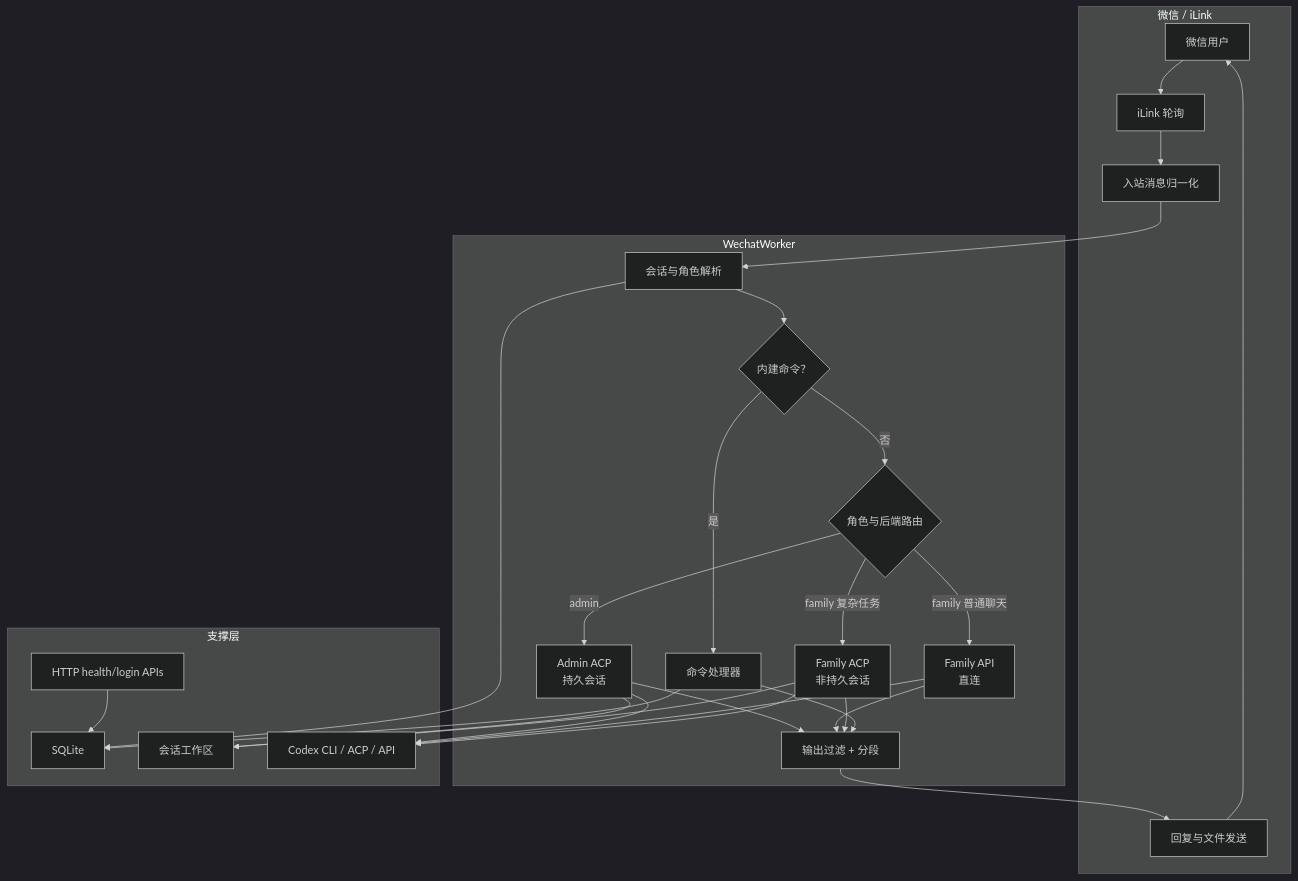
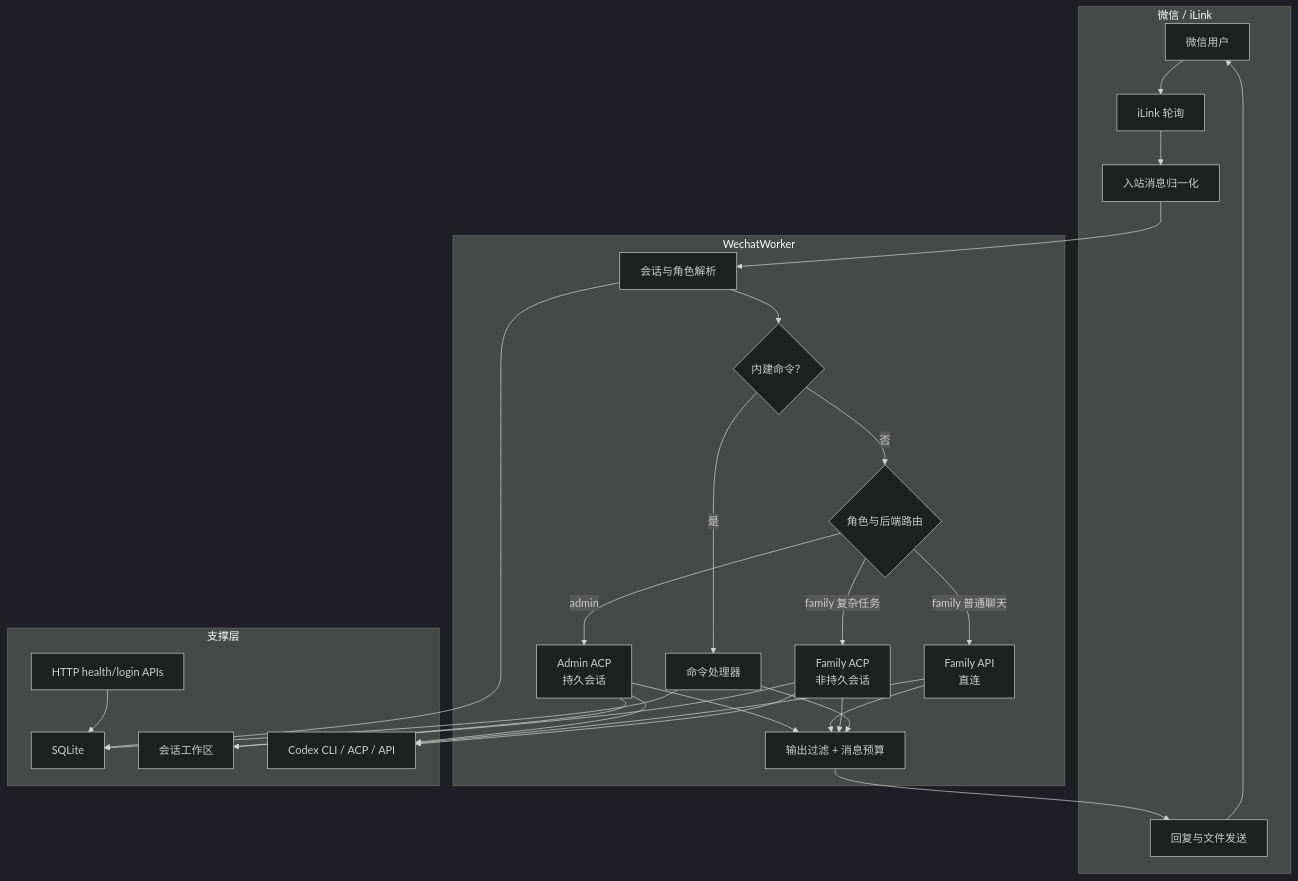
One commit to thekfjie/weixin-household-gateway changed the diagram in README.md. Above: the diagram before and after it, drawn with Mermaid (dark theme). The commit also changed other lines of this file and 9 other files, not shown here.

````diff
--- a/README.md
+++ b/README.md
@@ -40,39 +41,39 @@
 ```mermaid
 flowchart TB
   subgraph WeChat["微信 / iLink"]
     USER["微信用户"] --> POLL["iLink 轮询"]
     POLL --> INBOUND["入站消息归一化"]
     OUTBOUND["回复与文件发送"] --> USER
   end
 
   subgraph Worker["WechatWorker"]
     INBOUND --> SESSION["会话与角色解析"]
     SESSION --> COMMAND{"内建命令？"}
     COMMAND -->|是| CMD["命令处理器"]
     COMMAND -->|否| ROUTE{"角色与后端路由"}
     ROUTE -->|admin| ADMINACP["Admin ACP<br/>持久会话"]
     ROUTE -->|family 普通聊天| FAPI["Family API<br/>直连"]
     ROUTE -->|family 复杂任务| FACP["Family ACP<br/>非持久会话"]
-    ADMINACP --> REPLY["输出过滤 + 分段"]
+    ADMINACP --> REPLY["输出过滤 + 消息预算"]
     FAPI --> REPLY
     FACP --> REPLY
     CMD --> REPLY
     REPLY --> OUTBOUND
   end
 
   subgraph Support["支撑层"]
     DB["SQLite"]
     FILES["会话工作区"]
     HTTP["HTTP health/login APIs"]
     CODEX["Codex CLI / ACP / API"]
   end
 
   SESSION --> DB
   CMD --> DB
   ADMINACP --> CODEX
   FAPI --> CODEX
   FACP --> CODEX
   ADMINACP --> FILES
   FACP --> FILES
   HTTP --> DB
 ```
````
